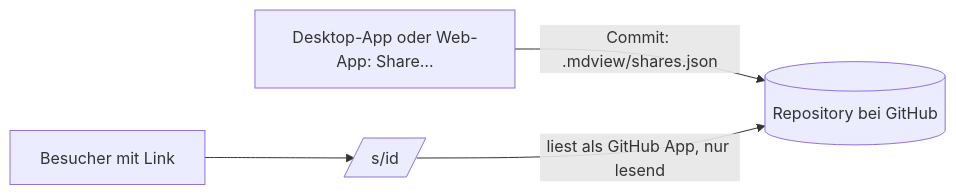
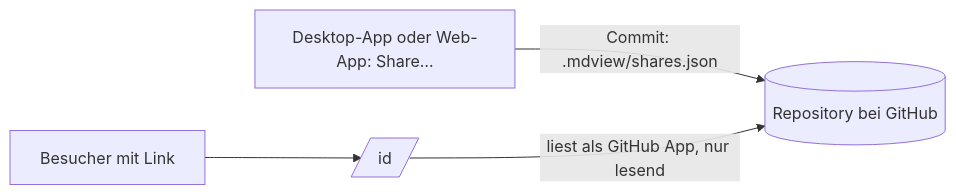
One commit to henriSchulz/mdview changed the diagram in docs/Teilen.md. Above: the diagram before and after it, drawn with Mermaid. The commit also changed other lines of this file and 12 other files, not shown here.

````diff
--- a/docs/Teilen.md
+++ b/docs/Teilen.md
@@ -62,6 +65,6 @@
 ```mermaid
 flowchart LR
   D[Desktop-App oder Web-App: Share…] -- "Commit: .mdview/shares.json" --> G[(Repository bei GitHub)]
-  B[Besucher mit Link] --> S[/s/id/]
+  B[Besucher mit Link] --> S[/id/]
   S -- "liest als GitHub App, nur lesend" --> G
 ```
````
